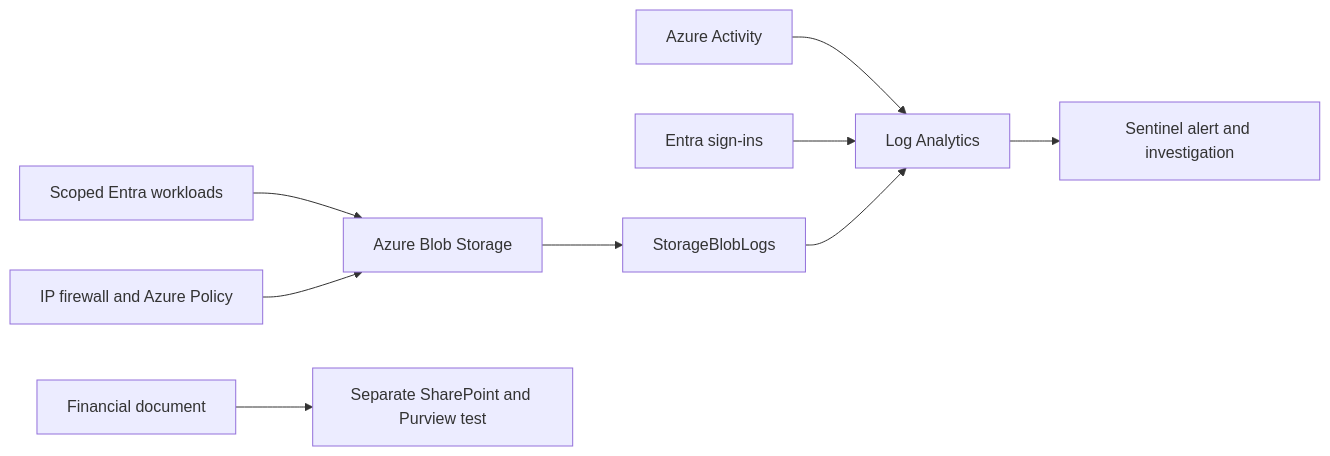
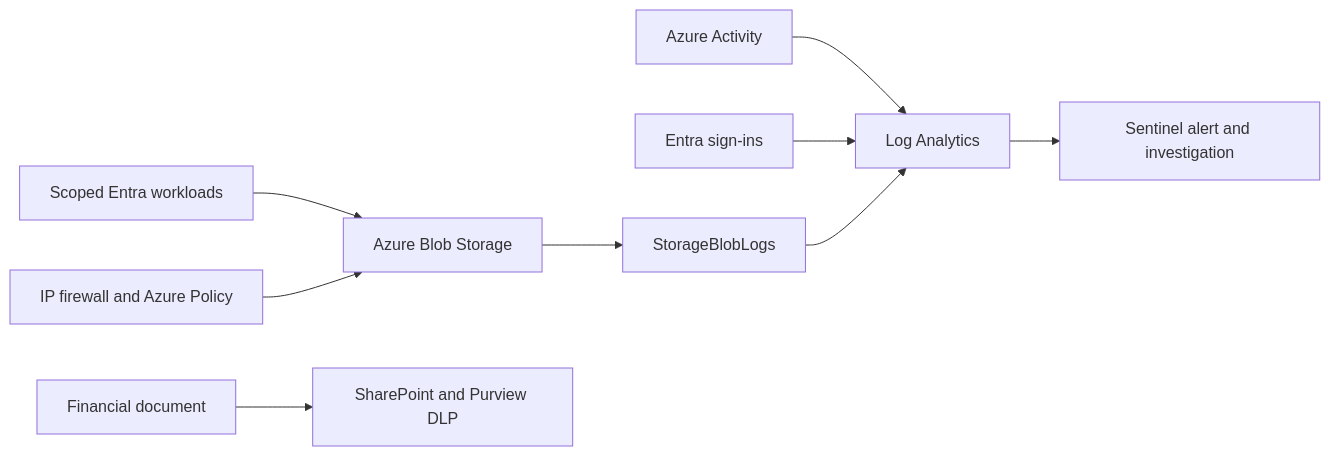
Before and after one commit to oasunsec/azure-data-exfiltration-defense-lab: the diagram in README.md, drawn with Mermaid. The commit also changed other lines of this file and 16 other files, not shown here.

````diff
--- a/README.md
+++ b/README.md
@@ -9,11 +7,11 @@
 ```mermaid
 flowchart LR
   I[Scoped Entra workloads] --> S[Azure Blob Storage]
   N[IP firewall and Azure Policy] --> S
   S --> L[StorageBlobLogs]
   A[Azure Activity] --> W[Log Analytics]
   E[Entra sign-ins] --> W
   L --> W
   W --> Q[Sentinel alert and investigation]
-  F[Financial document] --> P[Separate SharePoint and Purview test]
+  F[Financial document] --> P[SharePoint and Purview DLP]
 ```
````
